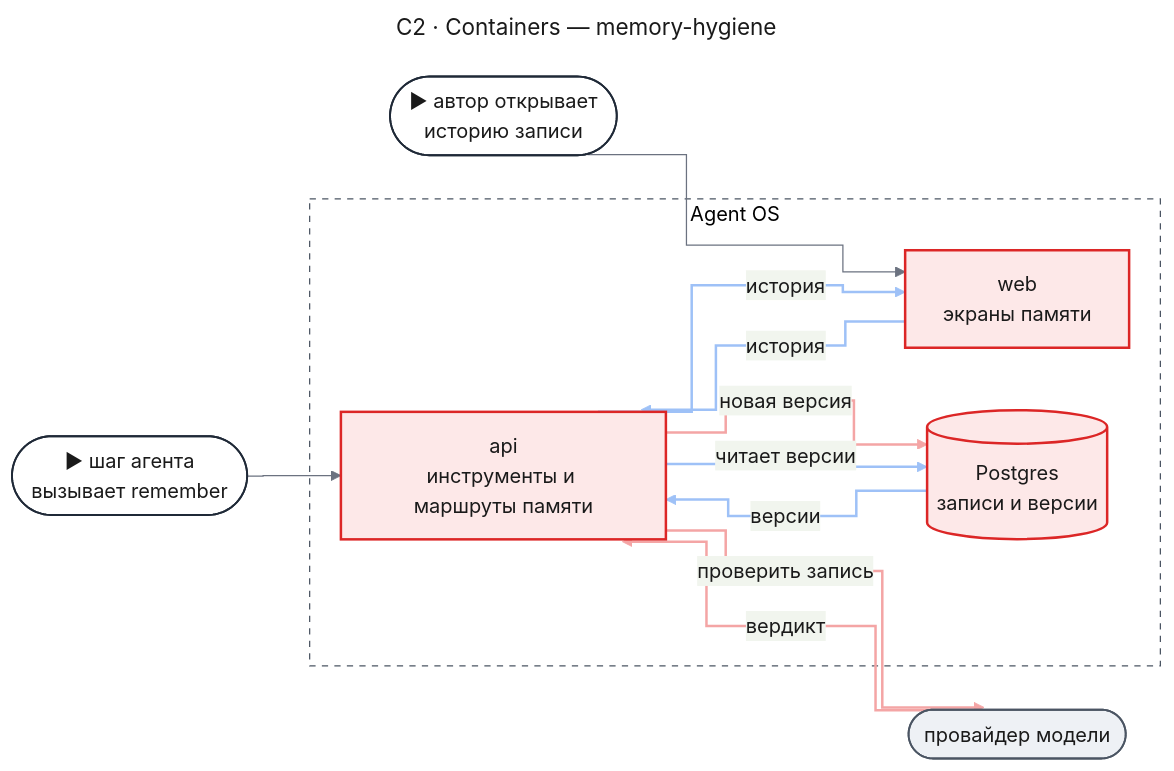
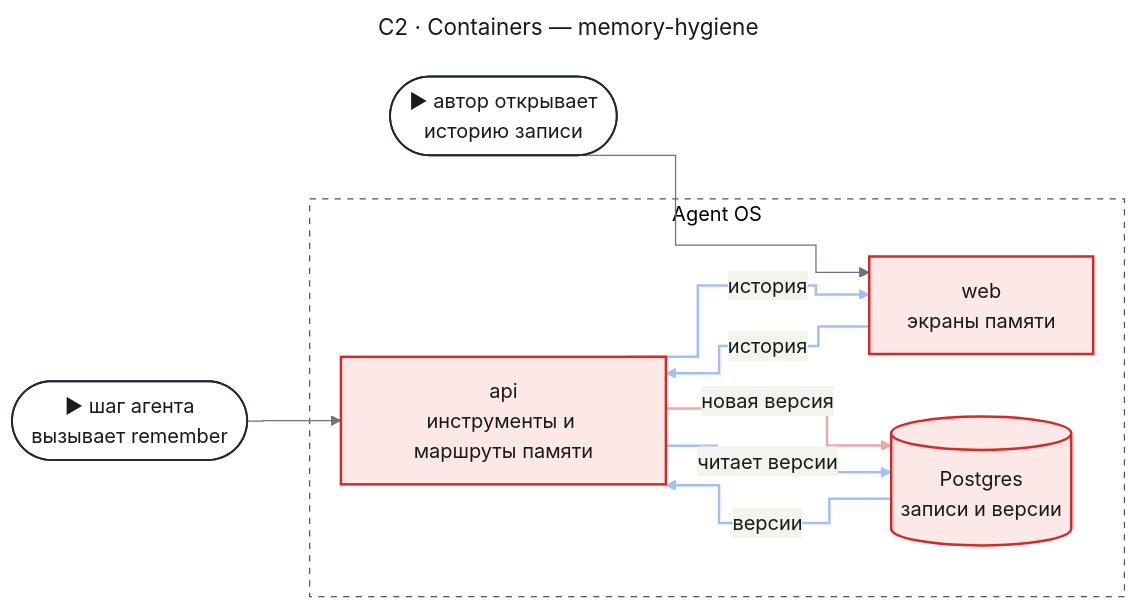
Before and after one commit to tundraray/agent-os: the first of 8 diagrams in docs/features/schedules-search-memory/design-memory-hygiene.md, drawn with Mermaid. The commit also changed other lines of this file and 1 other file, not shown here.

````diff
--- a/docs/features/schedules-search-memory/design-memory-hygiene.md
+++ b/docs/features/schedules-search-memory/design-memory-hygiene.md
@@ -131,58 +133,50 @@
 ```mermaid
 ---
 title: "C2 · Containers — memory-hygiene"
 config:
   theme: base
   look: classic
   themeVariables:
     primaryColor: "#eef1f5"
     primaryBorderColor: "#4b5563"
     primaryTextColor: "#1a1a1a"
     lineColor: "#6b7280"
   flowchart:
     curve: step
   themeCSS: |
-    @keyframes lit_c2{0%,12.86%{stroke:#991b1b;stroke-width:6px}14.29%,100%{stroke:#f4a5a5;stroke-width:2px}}
-    @keyframes litr_c2{0%,12.86%{stroke:#1d4ed8;stroke-width:6px}14.29%,100%{stroke:#9ec1f7;stroke-width:2px}}
+    @keyframes lit_c2{0%,18%{stroke:#991b1b;stroke-width:6px}20%,100%{stroke:#f4a5a5;stroke-width:2px}}
+    @keyframes litr_c2{0%,18%{stroke:#1d4ed8;stroke-width:6px}20%,100%{stroke:#9ec1f7;stroke-width:2px}}
 ---
 flowchart LR
     agentEntry(["▶ шаг агента<br/>вызывает remember"])
     personEntry(["▶ автор открывает<br/>историю записи"])
     subgraph product["Agent OS"]
         web["web<br/>экраны памяти"]
         api["api<br/>инструменты и маршруты памяти"]
         db[("Postgres<br/>записи и версии")]
     end
-    provider(["провайдер модели"])
     agentEntry --> api
     personEntry --> web
-    api e1@-->|"проверить запись"| provider
-    provider e2@-->|"вердикт"| api
-    api e3@-->|"новая версия"| db
-    web e4@-->|"история"| api
-    api e5@-->|"читает версии"| db
-    db e6@-->|"версии"| api
-    api e7@-->|"история"| web
+    api e1@-->|"новая версия"| db
+    web e2@-->|"история"| api
+    api e3@-->|"читает версии"| db
+    db e4@-->|"версии"| api
+    api e5@-->|"история"| web
     classDef entry fill:#ffffff,stroke:#1f2937,stroke-width:1.5px,color:#1a1a1a
     classDef changed fill:#fde8e8,stroke:#dc2626,stroke-width:2px,color:#1a1a1a
     classDef new fill:#e6f4ea,stroke:#16a34a,stroke-width:2px,color:#1a1a1a
     classDef unchanged fill:#eef1f5,stroke:#4b5563,stroke-width:1.5px,color:#1a1a1a
-    classDef w1 stroke:#f4a5a5,stroke-width:2px,animation:lit_c2 8.4s linear 0s infinite
-    classDef w2 stroke:#f4a5a5,stroke-width:2px,animation:lit_c2 8.4s linear 1.2s infinite
-    classDef w3 stroke:#f4a5a5,stroke-width:2px,animation:lit_c2 8.4s linear 2.4s infinite
-    classDef r4 stroke:#9ec1f7,stroke-width:2px,animation:litr_c2 8.4s linear 3.6s infinite
-    classDef r5 stroke:#9ec1f7,stroke-width:2px,animation:litr_c2 8.4s linear 4.8s infinite
-    classDef r6 stroke:#9ec1f7,stroke-width:2px,animation:litr_c2 8.4s linear 6s infinite
-    classDef r7 stroke:#9ec1f7,stroke-width:2px,animation:litr_c2 8.4s linear 7.2s infinite
+    classDef w1 stroke:#f4a5a5,stroke-width:2px,animation:lit_c2 6s linear 0s infinite
+    classDef r2 stroke:#9ec1f7,stroke-width:2px,animation:litr_c2 6s linear 1.2s infinite
+    classDef r3 stroke:#9ec1f7,stroke-width:2px,animation:litr_c2 6s linear 2.4s infinite
+    classDef r4 stroke:#9ec1f7,stroke-width:2px,animation:litr_c2 6s linear 3.6s infinite
+    classDef r5 stroke:#9ec1f7,stroke-width:2px,animation:litr_c2 6s linear 4.8s infinite
     class agentEntry,personEntry entry
     class web,api,db changed
-    class provider unchanged
     class e1 w1
-    class e2 w2
-    class e3 w3
+    class e2 r2
+    class e3 r3
     class e4 r4
     class e5 r5
-    class e6 r6
-    class e7 r7
     style product fill:none,stroke:#4b5563,stroke-dasharray:5 5
 ```
````
